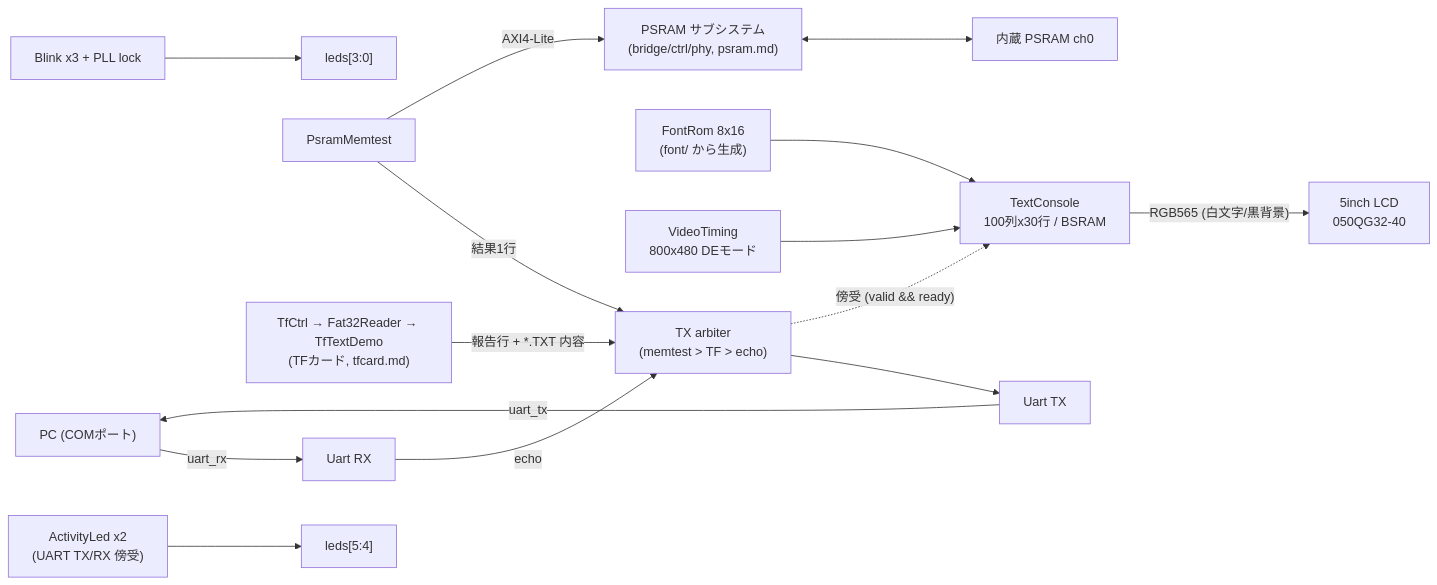
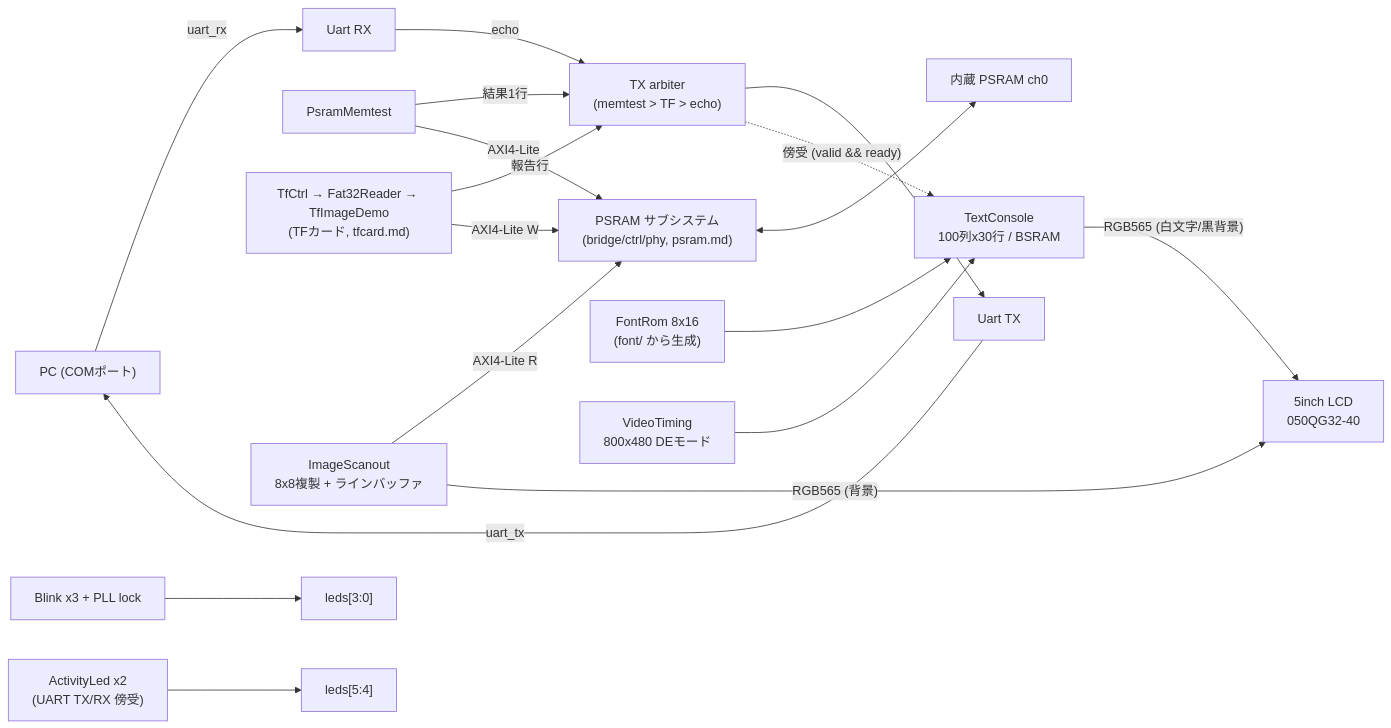
One commit to sabas0ba/hello_veryl changed the diagram in docs/rtl.md. Above: the diagram before and after it, drawn with Mermaid. The commit also changed other lines of this file and 2 other files, not shown here.

````diff
--- a/docs/rtl.md
+++ b/docs/rtl.md
@@ -17,15 +17,18 @@
 ```mermaid
 flowchart LR
     PC["PC (COMポート)"] -- uart_rx --> RX["Uart RX"]
     RX -- "echo" --> ARB["TX arbiter<br>(memtest &gt; TF &gt; echo)"]
     MT["PsramMemtest"] -- "結果1行" --> ARB
-    TFD["TfCtrl → Fat32Reader → TfTextDemo<br>(TFカード, tfcard.md)"] -- "報告行 + *.TXT 内容" --> ARB
+    TFD["TfCtrl → Fat32Reader → TfImageDemo<br>(TFカード, tfcard.md)"] -- "報告行" --> ARB
+    TFD -- "AXI4-Lite W" --> PS
+    SC["ImageScanout<br>8x8複製 + ラインバッファ"] -- "AXI4-Lite R" --> PS
+    SC -- "RGB565 (背景)" --> LCD
     ARB --> TX["Uart TX"] -- uart_tx --> PC
     ARB -. "傍受 (valid && ready)" .-> CON["TextConsole<br>100列x30行 / BSRAM"]
     FONT["FontRom 8x16<br>(font/ から生成)"] --> CON
     VT["VideoTiming<br>800x480 DEモード"] --> CON
     CON -- "RGB565 (白文字/黒背景)" --> LCD["5inch LCD<br>050QG32-40"]
     MT -- AXI4-Lite --> PS["PSRAM サブシステム<br>(bridge/ctrl/phy, psram.md)"] <--> RAM["内蔵 PSRAM ch0"]
     BL["Blink x3 + PLL lock"] --> LEDS["leds[3:0]"]
     ACT["ActivityLed x2<br>(UART TX/RX 傍受)"] --> LEDS2["leds[5:4]"]
 ```
````
